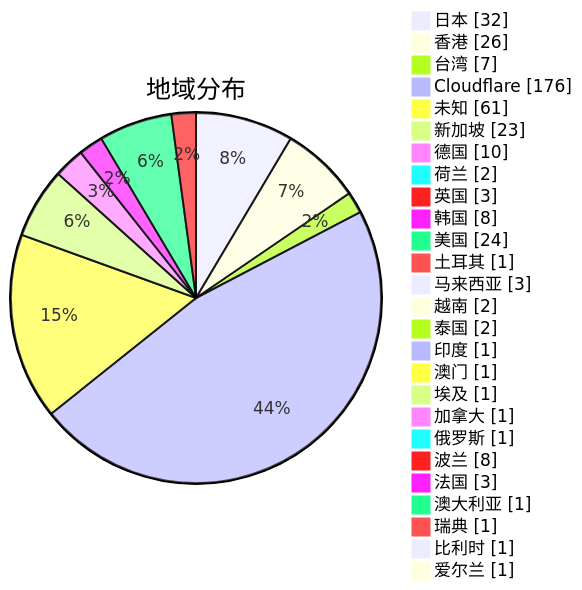
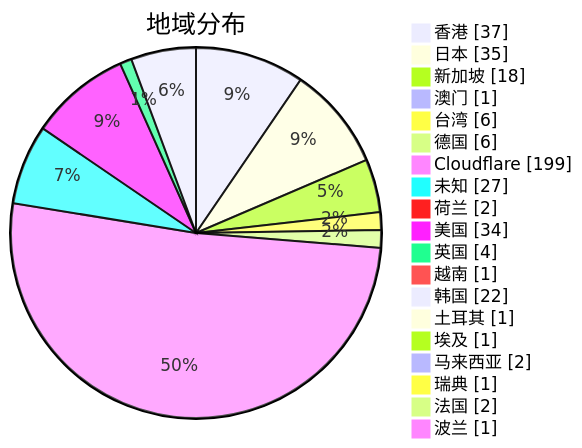
The second of 3 diagrams in subs/statistics/tested_within.md (qjlxg/airport), drawn with Mermaid before and after one commit. The commit also changed other lines of this file and 2 other files, not shown here.

Commit message:
Tested by metaST

````diff
--- a/subs/statistics/tested_within.md
+++ b/subs/statistics/tested_within.md
@@ -13,30 +14,23 @@
 ```mermaid
 pie showData
 title 地域分布
-"日本" : 32
-"香港" : 26
-"台湾" : 7
-"Cloudflare" : 176
-"未知" : 61
-"新加坡" : 23
-"德国" : 10
+"香港" : 37
+"日本" : 35
+"新加坡" : 18
+"澳门" : 1
+"台湾" : 6
+"德国" : 6
+"Cloudflare" : 199
+"未知" : 27
 "荷兰" : 2
-"英国" : 3
-"韩国" : 8
-"美国" : 24
+"美国" : 34
+"英国" : 4
+"越南" : 1
+"韩国" : 22
 "土耳其" : 1
-"马来西亚" : 3
-"越南" : 2
-"泰国" : 2
-"印度" : 1
-"澳门" : 1
 "埃及" : 1
-"加拿大" : 1
-"俄罗斯" : 1
-"波兰" : 8
-"法国" : 3
-"澳大利亚" : 1
+"马来西亚" : 2
 "瑞典" : 1
-"比利时" : 1
-"爱尔兰" : 1
+"法国" : 2
+"波兰" : 1
 ```
````
